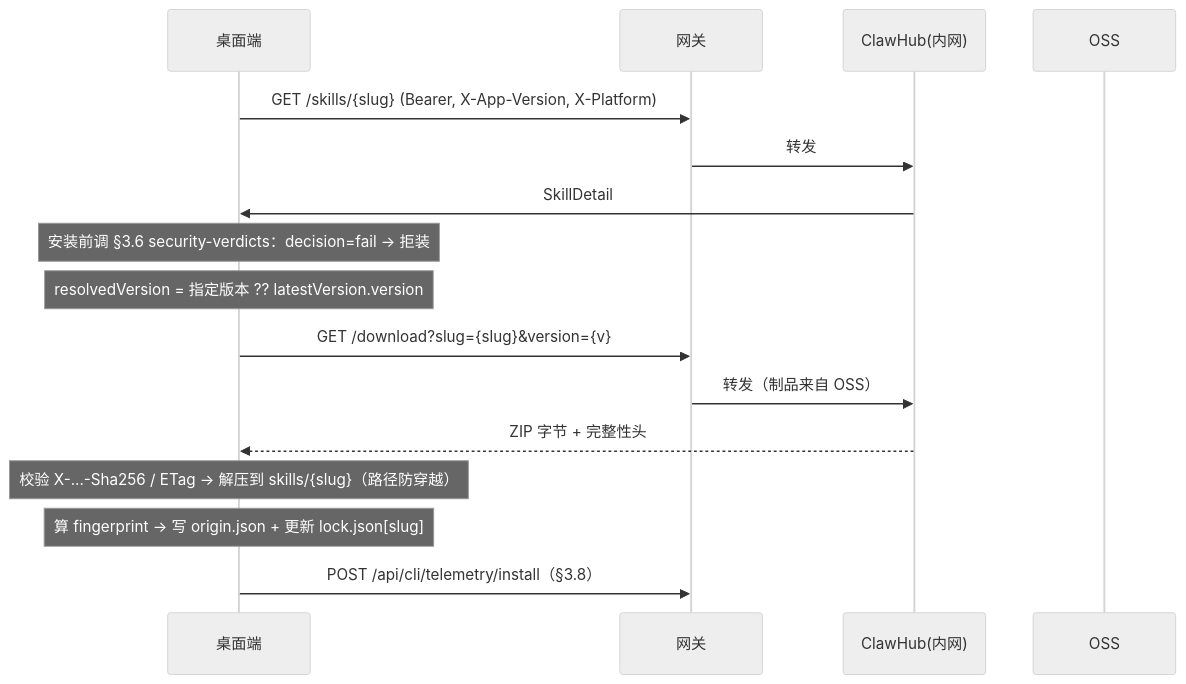
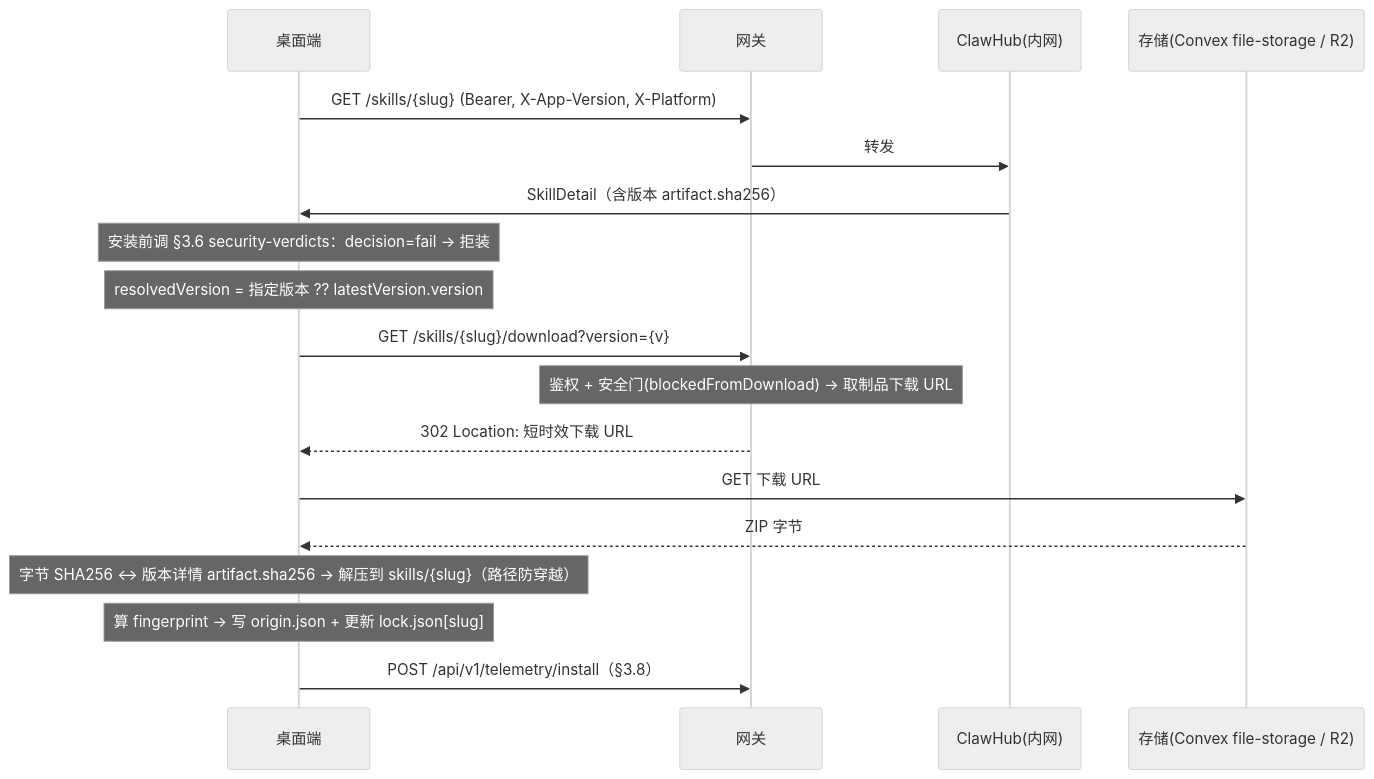
Before and after one commit to pysinsjz/vulture-gateway: the diagram in docs/flows/skill-plugin-lifecycle.md, drawn with Mermaid (neutral theme). The commit also changed other lines of this file and 8 other files, not shown here.

````diff
--- a/docs/flows/skill-plugin-lifecycle.md
+++ b/docs/flows/skill-plugin-lifecycle.md
@@ -258,19 +272,21 @@
 ```mermaid
 sequenceDiagram
     participant D as 桌面端
     participant G as 网关
     participant R as ClawHub(内网)
-    participant S as OSS
+    participant S as 存储(Convex file-storage / R2)
 
     D->>G: GET /skills/{slug} (Bearer, X-App-Version, X-Platform)
     G->>R: 转发
-    R->>D: SkillDetail
+    R->>D: SkillDetail（含版本 artifact.sha256）
     Note over D: 安装前调 §3.6 security-verdicts：decision=fail → 拒装
     Note over D: resolvedVersion = 指定版本 ?? latestVersion.version
-    D->>G: GET /download?slug={slug}&version={v}
-    G->>R: 转发（制品来自 OSS）
-    R-->>D: ZIP 字节 + 完整性头
-    Note over D: 校验 X-...-Sha256 / ETag → 解压到 skills/{slug}（路径防穿越）
+    D->>G: GET /skills/{slug}/download?version={v}
+    Note over G: 鉴权 + 安全门(blockedFromDownload) → 取制品下载 URL
+    G-->>D: 302 Location: 短时效下载 URL
+    D->>S: GET 下载 URL
+    S-->>D: ZIP 字节
+    Note over D: 字节 SHA256 ↔ 版本详情 artifact.sha256 → 解压到 skills/{slug}（路径防穿越）
     Note over D: 算 fingerprint → 写 origin.json + 更新 lock.json[slug]
-    D->>G: POST /api/cli/telemetry/install（§3.8）
+    D->>G: POST /api/v1/telemetry/install（§3.8）
 ```
````
